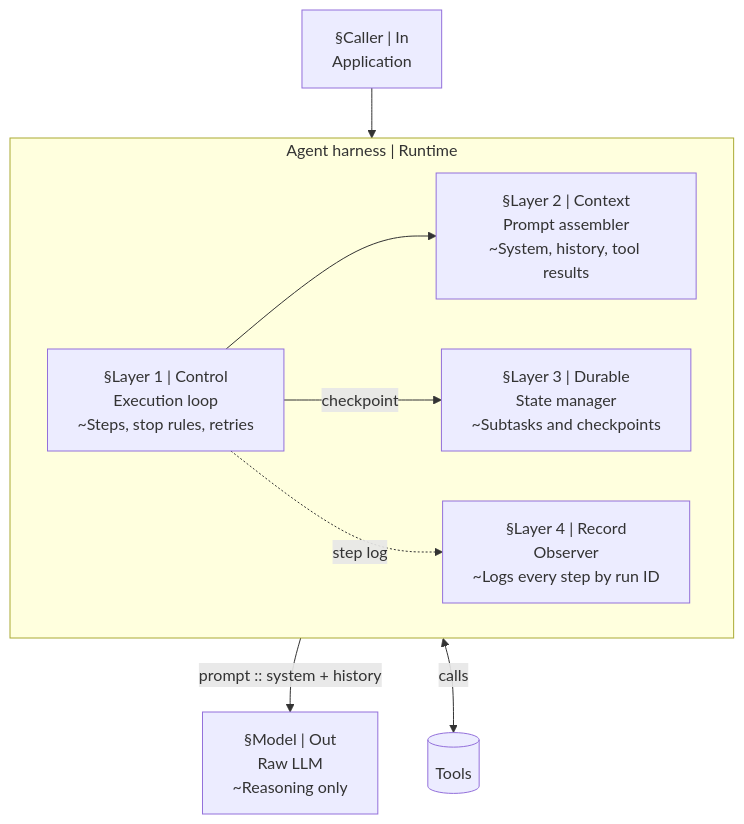
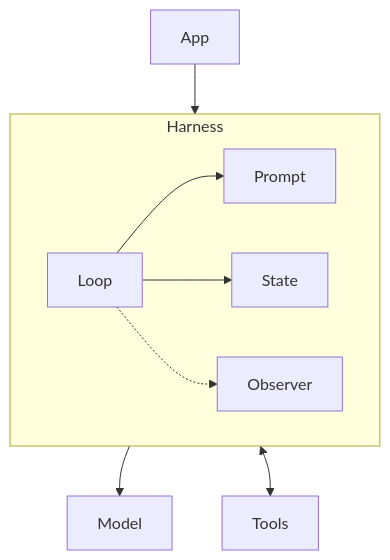
One commit to ninadpathak/ninadpathak changed the diagram in content/diagrams/agent-harnesses/harness-layers.mmd. Above: the diagram before and after it, drawn with Mermaid. The commit also changed 64 other files, not shown here.

```diff
--- a/content/diagrams/agent-harnesses/harness-layers.mmd
+++ b/content/diagrams/agent-harnesses/harness-layers.mmd
@@ -1,36 +1,29 @@
 %% @fig 01
 %% @kicker Harness layers around the raw LLM
-%% @alt The agent harness sits between the application and the LLM. Its execution loop, prompt assembler, state manager, and observer handle everything except reasoning. The loop calls tools in both directions, the prompt assembler sends the assembled prompt to the model, the state manager checkpoints after each step, and the observer logs every step.
+%% @alt The agent harness sits between the application and the model. Inside it, the execution loop calls tools in both directions, checkpoints state, and logs every step to an observer, and the prompt assembler builds the prompt the model receives. The model only reasons.
 %% @caption The model reasons. The harness handles everything else, including the checkpoint that lets an interrupted run resume.
 %% @path app>loop>prompt>llm
-%% @dim harness | harness | Everything except reasoning
-%% @detail state | State manager · checkpoint | Writes: after each successful tool call; Holds: history, data, decisions, status; Recovery: tested, not assumed
-%% @legend accent=Layer; external=Outside; stack=Tool set; hot=Request; flow=Call; async=Log
+%% @glyph app | window
+%% @glyph loop | loop
+%% @glyph prompt | tokens
+%% @glyph state | cells fill=0.55 flag
+%% @glyph observer | eye
+%% @glyph llm | core
+%% @glyph tools | tools
 flowchart TB
-  app["§Caller | In
-Application"]:::external
-  subgraph harness ["Agent harness | Runtime"]
+  app["App"]:::external
+  subgraph harness [Harness]
     direction LR
-    loop["§Layer 1 | Control
-Execution loop
-~Steps, stop rules, retries"]:::accent
-    prompt["§Layer 2 | Context
-Prompt assembler
-~System, history, tool results"]:::accent
-    state["§Layer 3 | Durable
-State manager
-~Subtasks and checkpoints"]
-    observer["§Layer 4 | Record
-Observer
-~Logs every step by run ID"]
+    loop["Loop"]:::accent
+    prompt["Prompt"]:::accent
+    state["State"]
+    observer["Observer"]
   end
-  llm["§Model | Out
-Raw LLM
-~Reasoning only"]:::external
-  tools[("Tools")]:::stack
+  llm["Model"]:::focal
+  tools["Tools"]:::stack
   app --> loop
   loop --> prompt
-  prompt -->|prompt :: system + history| llm
-  loop <-->|calls| tools
-  loop -->|checkpoint| state
-  loop -.->|step log| observer
+  prompt --> llm
+  loop <--> tools
+  loop --> state
+  loop -.-> observer
```
